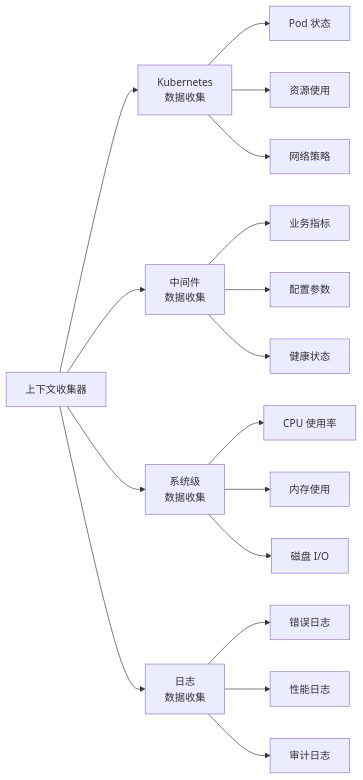
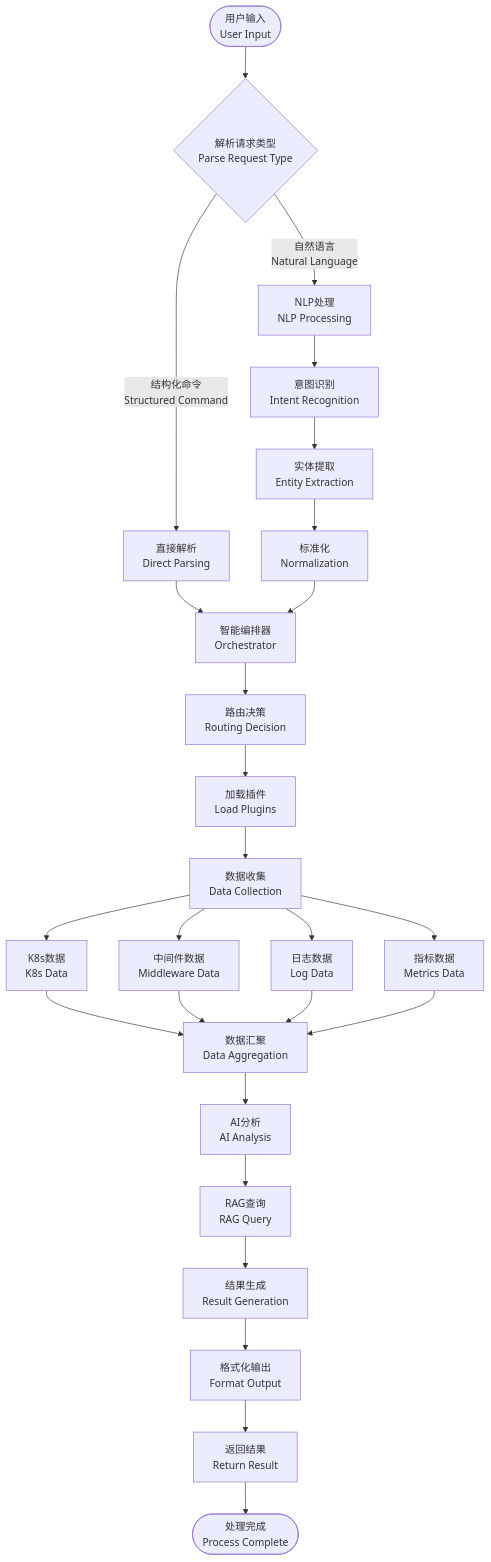
One commit to turtacn/kubestack-ai changed the eighth of 9 diagrams in docs/architecture.md. Above: the diagram before and after it, drawn with Mermaid. The commit also changed other lines of this file, not shown here.

````diff
--- a/docs/architecture.md
+++ b/docs/architecture.md
@@ -273,23 +539,44 @@
 ```mermaid
-graph LR
-    CC[上下文收集器] --> K8S[Kubernetes<br/>数据收集]
-    CC --> MW[中间件<br/>数据收集]
-    CC --> SYS[系统级<br/>数据收集]
-    CC --> LOG[日志<br/>数据收集]
+flowchart TD
+    %% 用户输入
+    START([用户输入<br/>User Input]) --> PARSE{解析请求类型<br/>Parse Request Type}
     
-    K8S --> K8S_POD[Pod 状态]
-    K8S --> K8S_RES[资源使用]
-    K8S --> K8S_NET[网络策略]
+    %% 请求类型分支
+    PARSE -->|自然语言<br/>Natural Language| NLP[NLP处理<br/>NLP Processing]
+    PARSE -->|结构化命令<br/>Structured Command| DIRECT[直接解析<br/>Direct Parsing]
     
-    MW --> MW_METRIC[业务指标]
-    MW --> MW_CONFIG[配置参数]
-    MW --> MW_HEALTH[健康状态]
+    %% NLP处理分支
+    NLP --> INTENT[意图识别<br/>Intent Recognition]
+    INTENT --> ENTITY[实体提取<br/>Entity Extraction]
+    ENTITY --> NORMALIZE[标准化<br/>Normalization]
     
-    SYS --> SYS_CPU[CPU 使用率]
-    SYS --> SYS_MEM[内存使用]
-    SYS --> SYS_DISK[磁盘 I/O]
+    %% 汇聚到编排器
+    DIRECT --> ORCHESTRATOR[智能编排器<br/>Orchestrator]
+    NORMALIZE --> ORCHESTRATOR
     
-    LOG --> LOG_ERROR[错误日志]
-    LOG --> LOG_PERF[性能日志]
-    LOG --> LOG_AUDIT[审计日志]
+    %% 编排器处理
+    ORCHESTRATOR --> ROUTE[路由决策<br/>Routing Decision]
+    ROUTE --> LOAD[加载插件<br/>Load Plugins]
+    LOAD --> COLLECT[数据收集<br/>Data Collection]
+    
+    %% 数据收集分支
+    COLLECT --> K8S_DATA[K8s数据<br/>K8s Data]
+    COLLECT --> MW_DATA[中间件数据<br/>Middleware Data]
+    COLLECT --> LOG_DATA[日志数据<br/>Log Data]
+    COLLECT --> METRIC_DATA[指标数据<br/>Metrics Data]
+    
+    %% 数据汇聚和分析
+    K8S_DATA --> AGGREGATE[数据汇聚<br/>Data Aggregation]
+    MW_DATA --> AGGREGATE
+    LOG_DATA --> AGGREGATE
+    METRIC_DATA --> AGGREGATE
+    
+    AGGREGATE --> AI_ANALYSIS[AI分析<br/>AI Analysis]
+    AI_ANALYSIS --> RAG_QUERY[RAG查询<br/>RAG Query]
+    RAG_QUERY --> GENERATE[结果生成<br/>Result Generation]
+    
+    %% 输出格式化
+    GENERATE --> FORMAT[格式化输出<br/>Format Output]
+    FORMAT --> RESPONSE[返回结果<br/>Return Result]
+    RESPONSE --> END([处理完成<br/>Process Complete])
 ```
````
